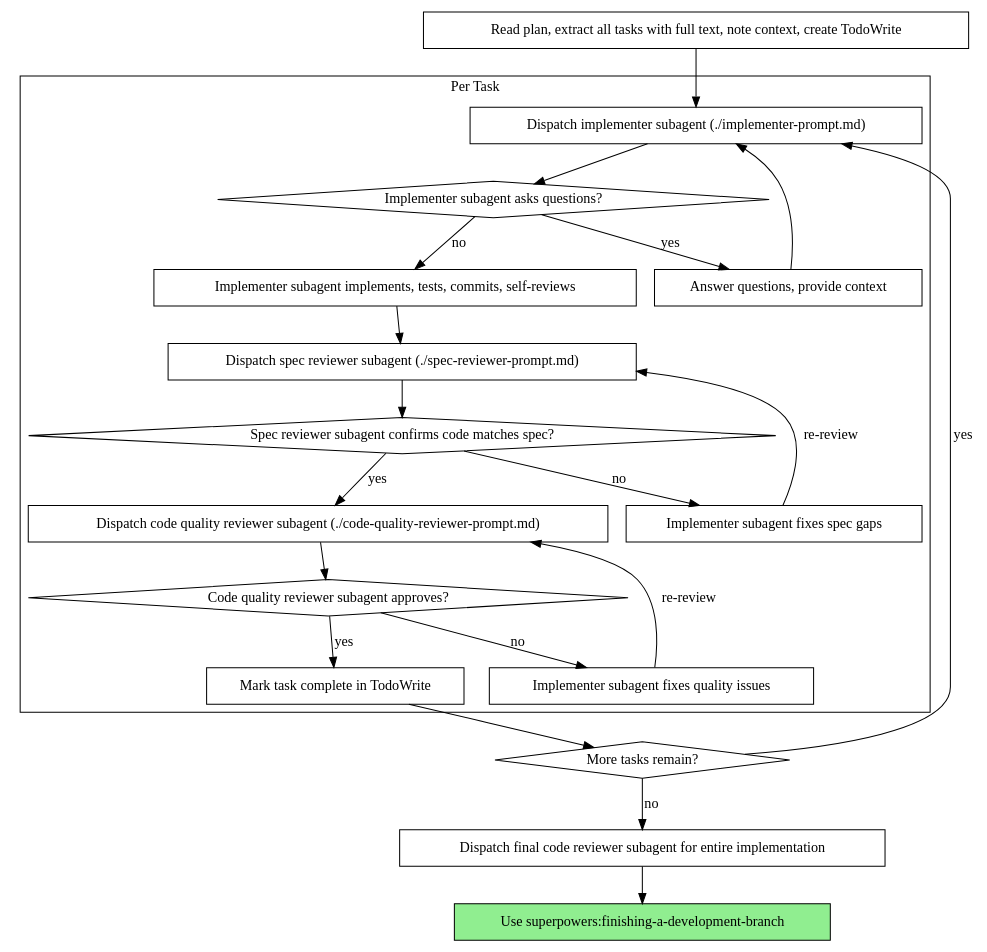
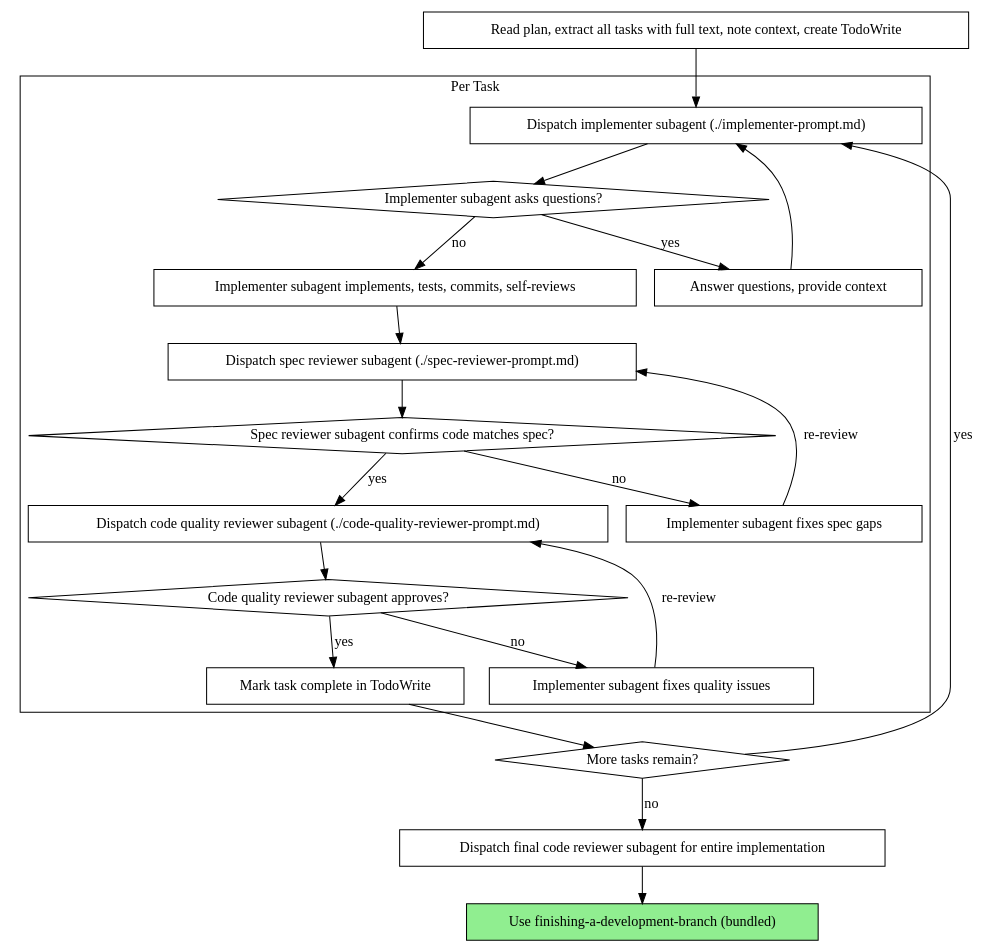
Before and after one commit to ShiningPlague/shiningplague-studio: the second of 2 diagrams in skills/subagent-driven-development/SKILL.md, drawn with Graphviz. The commit also changed other lines of this file and 125 other files, not shown here.

````diff
--- a/skills/subagent-driven-development/SKILL.md
+++ b/skills/subagent-driven-development/SKILL.md
@@ -42,44 +42,44 @@
 ```dot
 digraph process {
     rankdir=TB;
 
     subgraph cluster_per_task {
         label="Per Task";
         "Dispatch implementer subagent (./implementer-prompt.md)" [shape=box];
         "Implementer subagent asks questions?" [shape=diamond];
         "Answer questions, provide context" [shape=box];
         "Implementer subagent implements, tests, commits, self-reviews" [shape=box];
         "Dispatch spec reviewer subagent (./spec-reviewer-prompt.md)" [shape=box];
         "Spec reviewer subagent confirms code matches spec?" [shape=diamond];
         "Implementer subagent fixes spec gaps" [shape=box];
         "Dispatch code quality reviewer subagent (./code-quality-reviewer-prompt.md)" [shape=box];
         "Code quality reviewer subagent approves?" [shape=diamond];
         "Implementer subagent fixes quality issues" [shape=box];
         "Mark task complete in TodoWrite" [shape=box];
     }
 
     "Read plan, extract all tasks with full text, note context, create TodoWrite" [shape=box];
     "More tasks remain?" [shape=diamond];
     "Dispatch final code reviewer subagent for entire implementation" [shape=box];
-    "Use superpowers:finishing-a-development-branch" [shape=box style=filled fillcolor=lightgreen];
+    "Use finishing-a-development-branch (bundled)" [shape=box style=filled fillcolor=lightgreen];
 
     "Read plan, extract all tasks with full text, note context, create TodoWrite" -> "Dispatch implementer subagent (./implementer-prompt.md)";
     "Dispatch implementer subagent (./implementer-prompt.md)" -> "Implementer subagent asks questions?";
     "Implementer subagent asks questions?" -> "Answer questions, provide context" [label="yes"];
     "Answer questions, provide context" -> "Dispatch implementer subagent (./implementer-prompt.md)";
     "Implementer subagent asks questions?" -> "Implementer subagent implements, tests, commits, self-reviews" [label="no"];
     "Implementer subagent implements, tests, commits, self-reviews" -> "Dispatch spec reviewer subagent (./spec-reviewer-prompt.md)";
     "Dispatch spec reviewer subagent (./spec-reviewer-prompt.md)" -> "Spec reviewer subagent confirms code matches spec?";
     "Spec reviewer subagent confirms code matches spec?" -> "Implementer subagent fixes spec gaps" [label="no"];
     "Implementer subagent fixes spec gaps" -> "Dispatch spec reviewer subagent (./spec-reviewer-prompt.md)" [label="re-review"];
     "Spec reviewer subagent confirms code matches spec?" -> "Dispatch code quality reviewer subagent (./code-quality-reviewer-prompt.md)" [label="yes"];
     "Dispatch code quality reviewer subagent (./code-quality-reviewer-prompt.md)" -> "Code quality reviewer subagent approves?";
     "Code quality reviewer subagent approves?" -> "Implementer subagent fixes quality issues" [label="no"];
     "Implementer subagent fixes quality issues" -> "Dispatch code quality reviewer subagent (./code-quality-reviewer-prompt.md)" [label="re-review"];
     "Code quality reviewer subagent approves?" -> "Mark task complete in TodoWrite" [label="yes"];
     "Mark task complete in TodoWrite" -> "More tasks remain?";
     "More tasks remain?" -> "Dispatch implementer subagent (./implementer-prompt.md)" [label="yes"];
     "More tasks remain?" -> "Dispatch final code reviewer subagent for entire implementation" [label="no"];
-    "Dispatch final code reviewer subagent for entire implementation" -> "Use superpowers:finishing-a-development-branch";
+    "Dispatch final code reviewer subagent for entire implementation" -> "Use finishing-a-development-branch (bundled)";
 }
 ```
````
